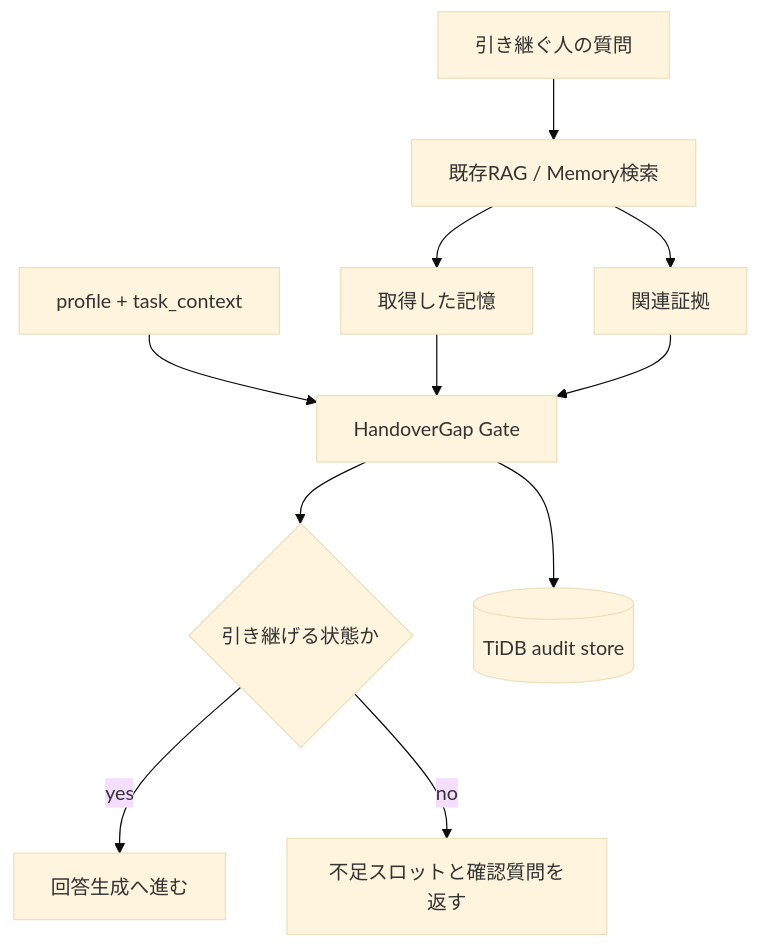
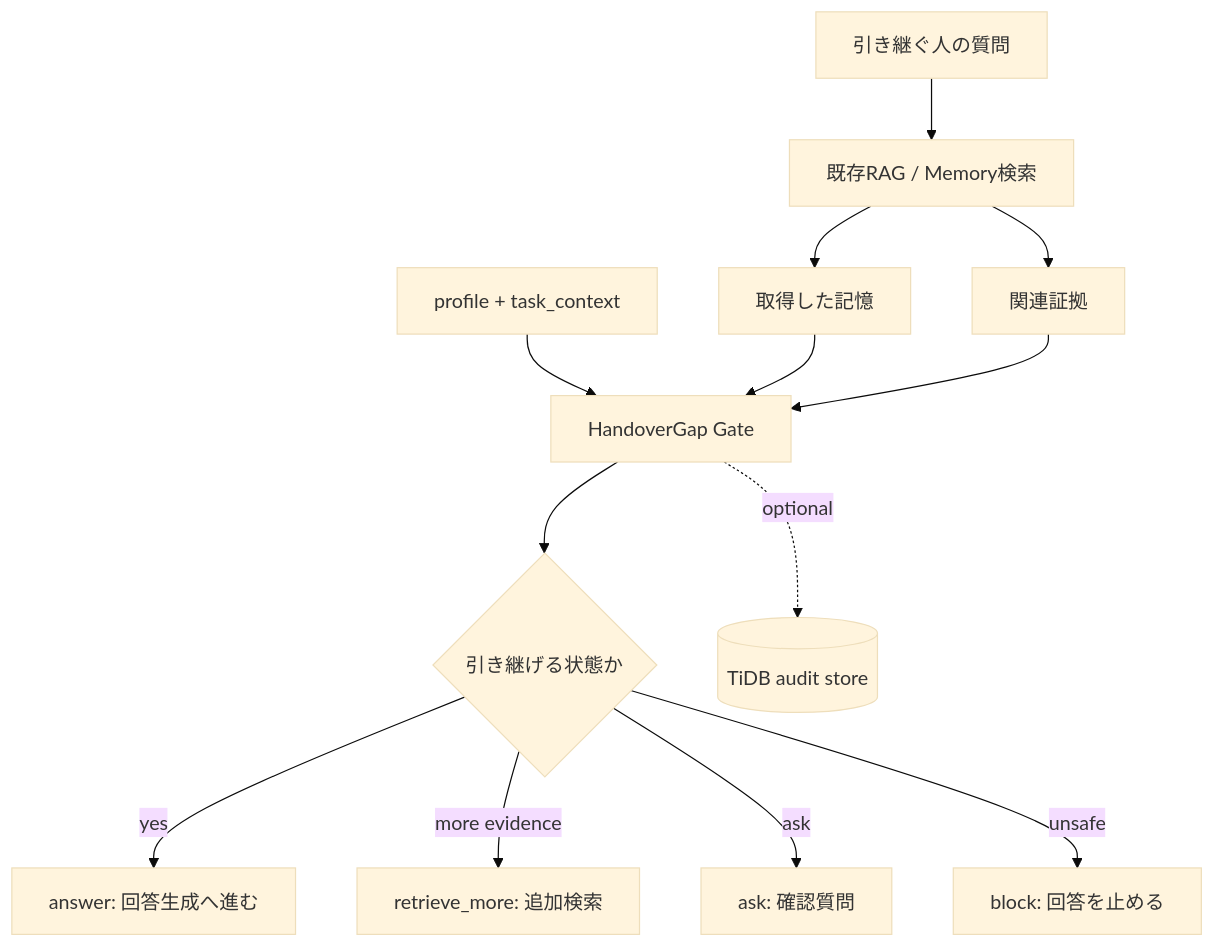
Before and after one commit to masanori0209/m-zenn-dev: the first of 2 diagrams in articles/handovergap-rag-tidb.md, drawn with Mermaid (base theme). The commit also changed other lines of this file, not shown here.

````diff
--- a/articles/handovergap-rag-tidb.md
+++ b/articles/handovergap-rag-tidb.md
@@ -83,13 +84,15 @@
 ```mermaid
 flowchart TD
     U["引き継ぐ人の質問"] --> R["既存RAG / Memory検索"]
     R --> M["取得した記憶"]
     R --> E["関連証拠"]
     P["profile + task_context"] --> G["HandoverGap Gate"]
     M --> G
     E --> G
     G --> J{"引き継げる状態か"}
-    J -- "yes" --> A["回答生成へ進む"]
-    J -- "no" --> Q["不足スロットと確認質問を返す"]
-    G --> T[("TiDB audit store")]
+    J -- "yes" --> A["answer: 回答生成へ進む"]
+    J -- "more evidence" --> X["retrieve_more: 追加検索"]
+    J -- "ask" --> Q["ask: 確認質問"]
+    J -- "unsafe" --> B["block: 回答を止める"]
+    G -. "optional" .-> T[("TiDB audit store")]
 ```
````
